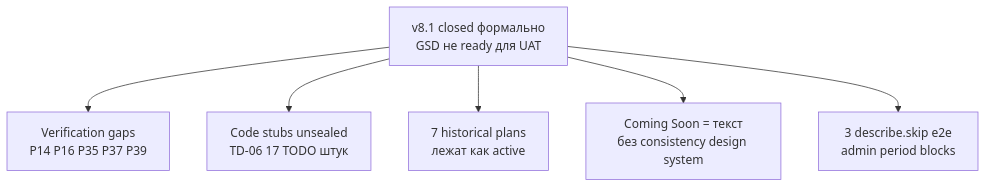
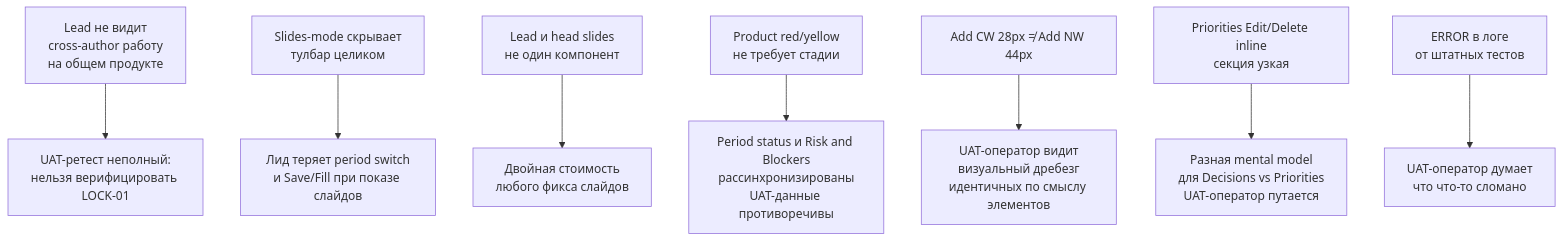
The second of 10 diagrams in .planning/plans/page-feedback-lead-report-a0000000-0000-pure-mist.md (apolenkov/weeklyreport), drawn with Mermaid before and after one commit. The commit also changed other lines of this file and 1 other file, not shown here.

First line of the commit message:
chore(planning): v8.3 pre-UAT closure — STATE.md updated, plan archived

````diff
--- a/.planning/plans/page-feedback-lead-report-a0000000-0000-pure-mist.md
+++ b/.planning/plans/page-feedback-lead-report-a0000000-0000-pure-mist.md
@@ -50,14 +80,17 @@
 ```mermaid
 flowchart TB
-    P1[v8.1 closed формально<br/>GSD не ready для UAT]
-    P2[Verification gaps<br/>P14 P16 P35 P37 P39]
-    P3[Code stubs unsealed<br/>TD-06 17 TODO штук]
-    P4[7 historical plans<br/>лежат как active]
-    P5[Coming Soon = текст<br/>без consistency design system]
-    P6[3 describe.skip e2e<br/>admin period blocks]
-    P1 --> P2
-    P1 --> P3
-    P1 --> P4
-    P1 --> P5
-    P1 --> P6
+    P1[Lead не видит<br/>cross-author работу<br/>на общем продукте]
+    P1 --> P2[UAT-ретест неполный:<br/>нельзя верифицировать LOCK-01]
+    P3[Slides-mode скрывает<br/>тулбар целиком]
+    P3 --> P4[Лид теряет period switch<br/>и Save/Fill при показе слайдов]
+    P5[Lead и head slides<br/>не один компонент]
+    P5 --> P6[Двойная стоимость<br/>любого фикса слайдов]
+    P9[Product red/yellow<br/>не требует стадии]
+    P9 --> P10[Period status и Risk and Blockers<br/>рассинхронизированы<br/>UAT-данные противоречивы]
+    P11[Add CW 28px ≠ Add NW 44px]
+    P11 --> P12[UAT-оператор видит<br/>визуальный дребезг<br/>идентичных по смыслу элементов]
+    P13[Priorities Edit/Delete inline<br/>секция узкая]
+    P13 --> P14[Разная mental model<br/>для Decisions vs Priorities<br/>UAT-оператор путается]
+    P7[ERROR в логе<br/>от штатных тестов]
+    P7 --> P8[UAT-оператор думает<br/>что что-то сломано]
 ```
````
